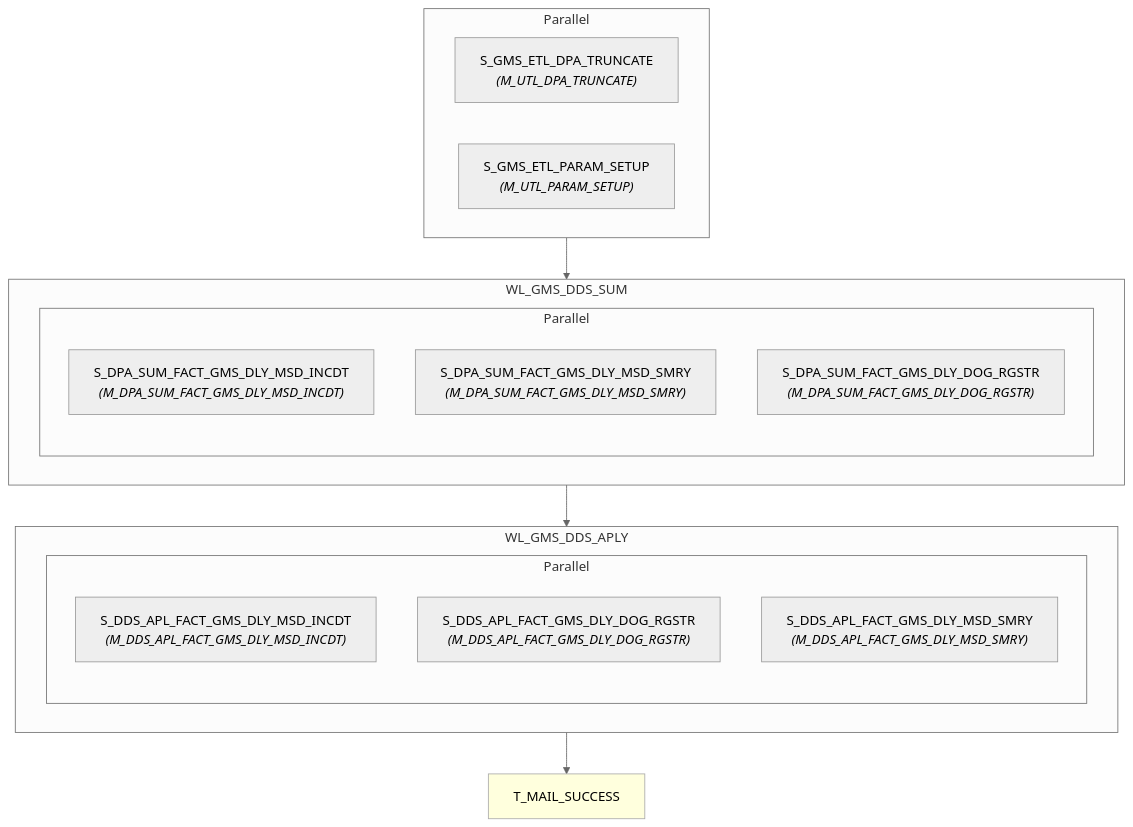
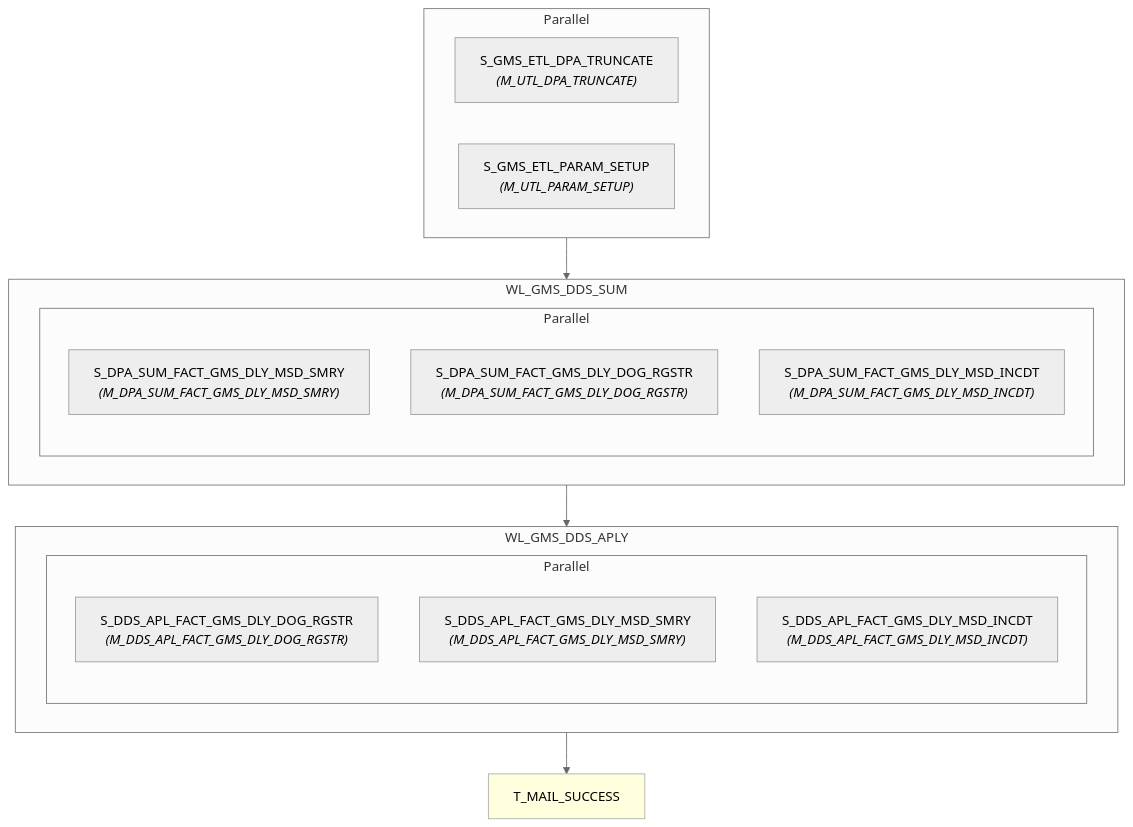
One commit to asl-adamxu/informatica-sparker-poc changed the diagram in informatica/PySpark_workflows/dds/WF_GMS_DDS_APLY_DLY/wf_gms_dds_aply_dly.md. Above: the diagram before and after it, drawn with Mermaid (neutral theme). The commit also changed 162 other files, not shown here.

````diff
--- a/informatica/PySpark_workflows/dds/WF_GMS_DDS_APLY_DLY/wf_gms_dds_aply_dly.md
+++ b/informatica/PySpark_workflows/dds/WF_GMS_DDS_APLY_DLY/wf_gms_dds_aply_dly.md
@@ -7,34 +7,34 @@
 ```mermaid
 flowchart TD
     n1["S_GMS_ETL_DPA_TRUNCATE<br/><i>(M_UTL_DPA_TRUNCATE)</i>"]
     n2["S_GMS_ETL_PARAM_SETUP<br/><i>(M_UTL_PARAM_SETUP)</i>"]
     subgraph pg3[Parallel]
         n1
         n2
     end
     subgraph wkl4["WL_GMS_DDS_SUM"]
-    n5["S_DPA_SUM_FACT_GMS_DLY_MSD_INCDT<br/><i>(M_DPA_SUM_FACT_GMS_DLY_MSD_INCDT)</i>"]
-    n6["S_DPA_SUM_FACT_GMS_DLY_MSD_SMRY<br/><i>(M_DPA_SUM_FACT_GMS_DLY_MSD_SMRY)</i>"]
-    n7["S_DPA_SUM_FACT_GMS_DLY_DOG_RGSTR<br/><i>(M_DPA_SUM_FACT_GMS_DLY_DOG_RGSTR)</i>"]
+    n5["S_DPA_SUM_FACT_GMS_DLY_MSD_SMRY<br/><i>(M_DPA_SUM_FACT_GMS_DLY_MSD_SMRY)</i>"]
+    n6["S_DPA_SUM_FACT_GMS_DLY_DOG_RGSTR<br/><i>(M_DPA_SUM_FACT_GMS_DLY_DOG_RGSTR)</i>"]
+    n7["S_DPA_SUM_FACT_GMS_DLY_MSD_INCDT<br/><i>(M_DPA_SUM_FACT_GMS_DLY_MSD_INCDT)</i>"]
     subgraph pg8[Parallel]
         n5
         n6
         n7
     end
     end
     subgraph wkl9["WL_GMS_DDS_APLY"]
-    n10["S_DDS_APL_FACT_GMS_DLY_MSD_INCDT<br/><i>(M_DDS_APL_FACT_GMS_DLY_MSD_INCDT)</i>"]
-    n11["S_DDS_APL_FACT_GMS_DLY_DOG_RGSTR<br/><i>(M_DDS_APL_FACT_GMS_DLY_DOG_RGSTR)</i>"]
-    n12["S_DDS_APL_FACT_GMS_DLY_MSD_SMRY<br/><i>(M_DDS_APL_FACT_GMS_DLY_MSD_SMRY)</i>"]
+    n10["S_DDS_APL_FACT_GMS_DLY_DOG_RGSTR<br/><i>(M_DDS_APL_FACT_GMS_DLY_DOG_RGSTR)</i>"]
+    n11["S_DDS_APL_FACT_GMS_DLY_MSD_SMRY<br/><i>(M_DDS_APL_FACT_GMS_DLY_MSD_SMRY)</i>"]
+    n12["S_DDS_APL_FACT_GMS_DLY_MSD_INCDT<br/><i>(M_DDS_APL_FACT_GMS_DLY_MSD_INCDT)</i>"]
     subgraph pg13[Parallel]
         n10
         n11
         n12
     end
     end
     n14["T_MAIL_SUCCESS"]
     style n14 fill:#ffd,stroke:#aaa,stroke-width:1px
     pg3 --> wkl4
     wkl4 --> wkl9
     wkl9 --> n14
 ```
````
